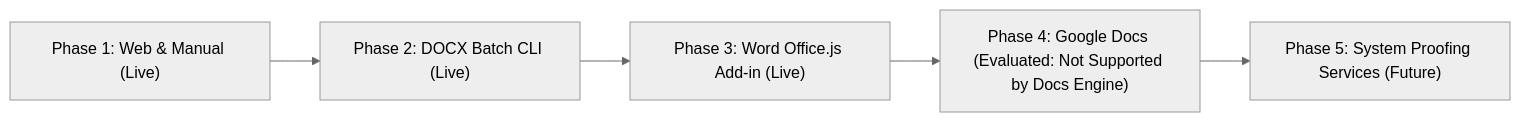
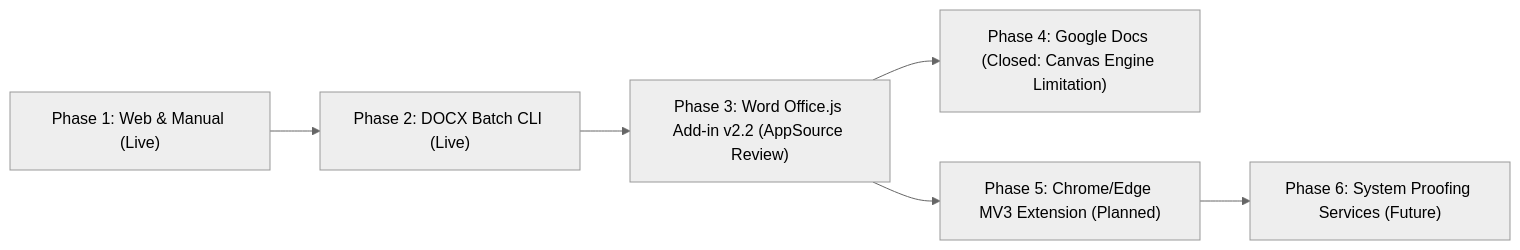
One commit to abishtakan/tamil-toolkit changed the second of 2 diagrams in ROADMAP.md. Above: the diagram before and after it, drawn with Mermaid (neutral theme). The commit also changed other lines of this file and 26 other files, not shown here.

````diff
--- a/ROADMAP.md
+++ b/ROADMAP.md
@@ -178,7 +188,8 @@
 ```mermaid
 flowchart LR
     P1["Phase 1: Web & Manual (Live)"] --> P2["Phase 2: DOCX Batch CLI (Live)"]
-    P2 --> P3["Phase 3: Word Office.js Add-in (Live)"]
-    P3 --> P4["Phase 4: Google Docs (Evaluated: Not Supported by Docs Engine)"]
-    P4 --> P5["Phase 5: System Proofing Services (Future)"]
+    P2 --> P3["Phase 3: Word Office.js Add-in v2.2 (AppSource Review)"]
+    P3 --> P4["Phase 4: Google Docs (Closed: Canvas Engine Limitation)"]
+    P3 --> P5["Phase 5: Chrome/Edge MV3 Extension (Planned)"]
+    P5 --> P6["Phase 6: System Proofing Services (Future)"]
 ```
````
